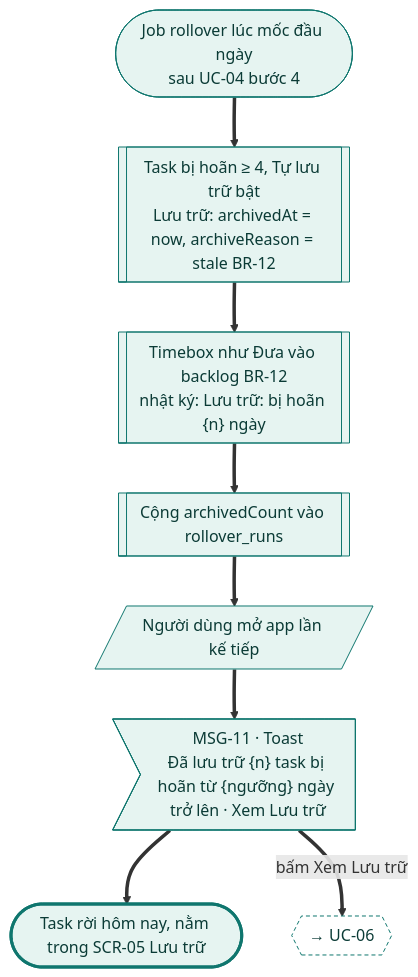
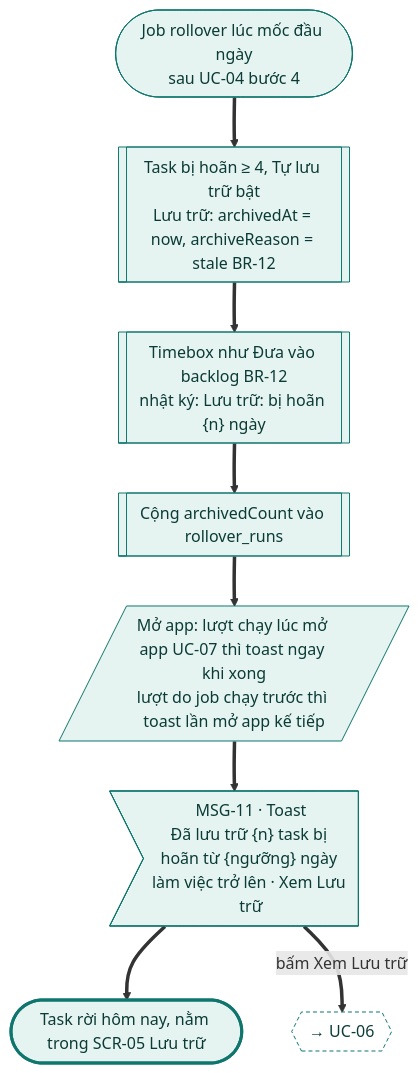
Before and after one commit to tannguyenho/personal-app: diagram 12 of 18 in docs/design-brief/flow/g06-backlog-rollover.md, drawn with Mermaid. The commit also changed other lines of this file and 5 other files, not shown here.

First line of the commit message:
docs(G03, G06): áp quyết định PO 09/11 vào SRS, PRD, flow

````diff
--- a/docs/design-brief/flow/g06-backlog-rollover.md
+++ b/docs/design-brief/flow/g06-backlog-rollover.md
@@ -502,27 +511,27 @@
 ```mermaid
 flowchart TD
   start(["Job rollover lúc mốc đầu ngày<br/>sau UC-04 bước 4"])
   p1[["Task bị hoãn ≥ 4, Tự lưu trữ bật<br/>Lưu trữ: archivedAt = now, archiveReason = stale BR-12"]]
   p2[["Timebox như Đưa vào backlog BR-12<br/>nhật ký: Lưu trữ: bị hoãn {n} ngày"]]
   p3[["Cộng archivedCount vào rollover_runs"]]
-  u1[/"Người dùng mở app lần kế tiếp"/]
-  m1>"MSG-11 · Toast<br/>Đã lưu trữ {n} task bị hoãn từ {ngưỡng} ngày trở lên · Xem Lưu trữ"]
+  u1[/"Mở app: lượt chạy lúc mở app UC-07 thì toast ngay khi xong<br/>lượt do job chạy trước thì toast lần mở app kế tiếp"/]
+  m1>"MSG-11 · Toast<br/>Đã lưu trữ {n} task bị hoãn từ {ngưỡng} ngày làm việc trở lên · Xem Lưu trữ"]
   ok(["Task rời hôm nay, nằm trong SCR-05 Lưu trữ"])
   x1{{"→ UC-06"}}
 
   start ==> p1 ==> p2 ==> p3 ==> u1 ==> m1 ==> ok
   m1 ==>|"bấm Xem Lưu trữ"| x1
 
   class start,p1,p2,p3,u1,m1 happy
   class x1 link
   class ok done
   classDef happy fill:#E6F4F1,stroke:#0F766E,color:#0B3B36
   classDef alt fill:#F1F3F5,stroke:#6B7280,color:#1F2937
   classDef err fill:#FDECEC,stroke:#B42318,color:#5C1010
   classDef warn fill:#FEF4E2,stroke:#B45309,color:#4A2604
   classDef ai fill:#F1ECFD,stroke:#6D28D9,color:#2E1065
   classDef sync fill:#FFFFFF,stroke:#6B7280,stroke-dasharray:4 3,color:#1F2937
   classDef link fill:#FFFFFF,stroke:#0F766E,stroke-dasharray:4 3,color:#0B3B36
   classDef done fill:#E6F4F1,stroke:#0F766E,stroke-width:3px,color:#0B3B36
   classDef fail fill:#FDECEC,stroke:#B42318,stroke-width:3px,color:#5C1010
 ```
````
